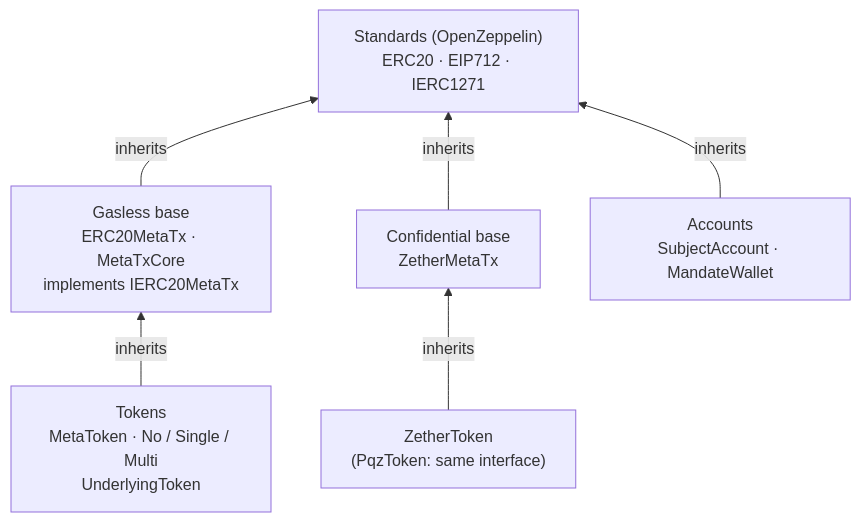
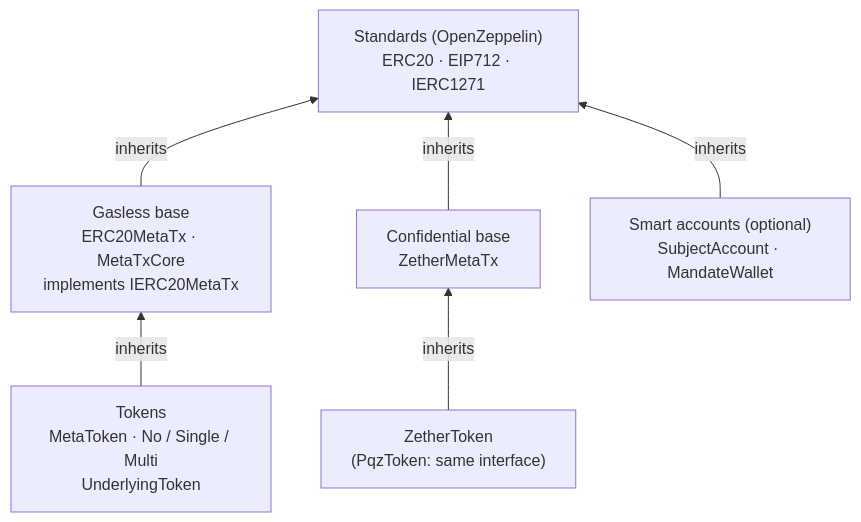
The third of 7 diagrams in README.md (dinhduongha/scaas), drawn with Mermaid before and after one commit. The commit also changed other lines of this file, not shown here.

First line of the commit message:
docs: README section on Universal Accounts

````diff
--- a/README.md
+++ b/README.md
@@ -200,14 +201,14 @@
 ```mermaid
 flowchart BT
     STD["Standards (OpenZeppelin)<br/>ERC20 · EIP712 · IERC1271"]
     MTX["Gasless base<br/>ERC20MetaTx · MetaTxCore<br/>implements IERC20MetaTx"]
     ZB["Confidential base<br/>ZetherMetaTx"]
-    ACC["Accounts<br/>SubjectAccount · MandateWallet"]
+    ACC["Smart accounts (optional)<br/>SubjectAccount · MandateWallet"]
     TOK["Tokens<br/>MetaToken · No / Single / Multi<br/>UnderlyingToken"]
     ZT["ZetherToken<br/>(PqzToken: same interface)"]
     MTX -->|inherits| STD
     ZB -->|inherits| STD
     ACC -->|inherits| STD
     TOK -->|inherits| MTX
     ZT -->|inherits| ZB
 ```
````
